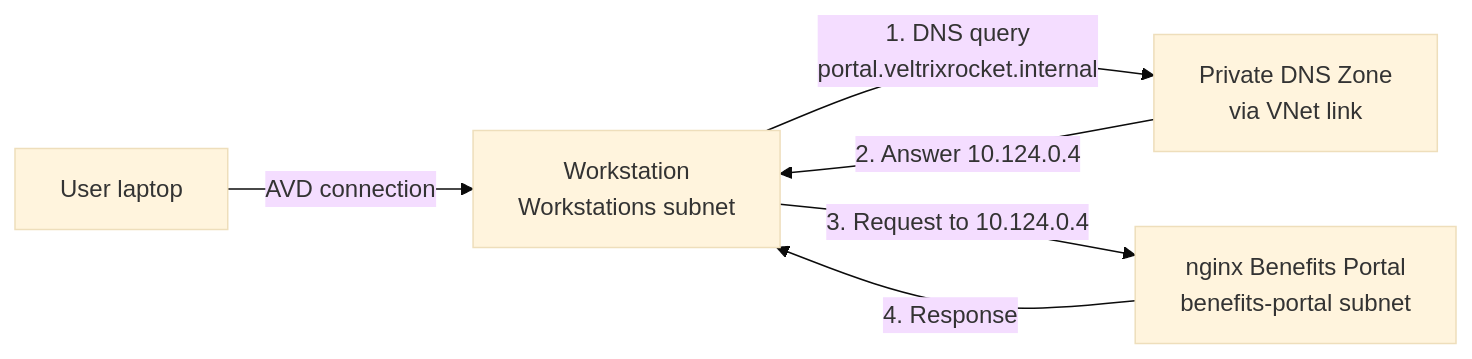
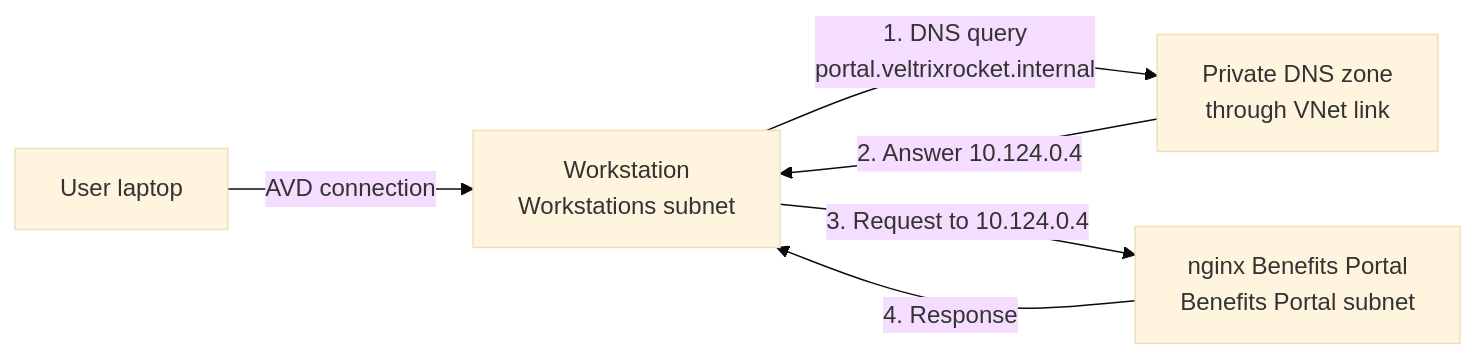
Before and after one commit to aniket-devop/enterprise-dns-architecture: the fifth of 5 diagrams in README.md, drawn with Mermaid (base theme). The commit also changed other lines of this file, not shown here.

Commit message:
docs: finalize Azure DNS architecture documentation

````diff
--- a/README.md
+++ b/README.md
@@ -357,8 +322,8 @@
 ```mermaid
 flowchart LR
     U["User laptop"] -->|"AVD connection"| W["Workstation<br/>Workstations subnet"]
-    W -->|"1. DNS query<br/>portal.veltrixrocket.internal"| D["Private DNS Zone<br/>via VNet link"]
+    W -->|"1. DNS query<br/>portal.veltrixrocket.internal"| D["Private DNS zone<br/>through VNet link"]
     D -->|"2. Answer 10.124.0.4"| W
-    W -->|"3. Request to 10.124.0.4"| N["nginx Benefits Portal<br/>benefits-portal subnet"]
+    W -->|"3. Request to 10.124.0.4"| N["nginx Benefits Portal<br/>Benefits Portal subnet"]
     N -->|"4. Response"| W
 ```
````
